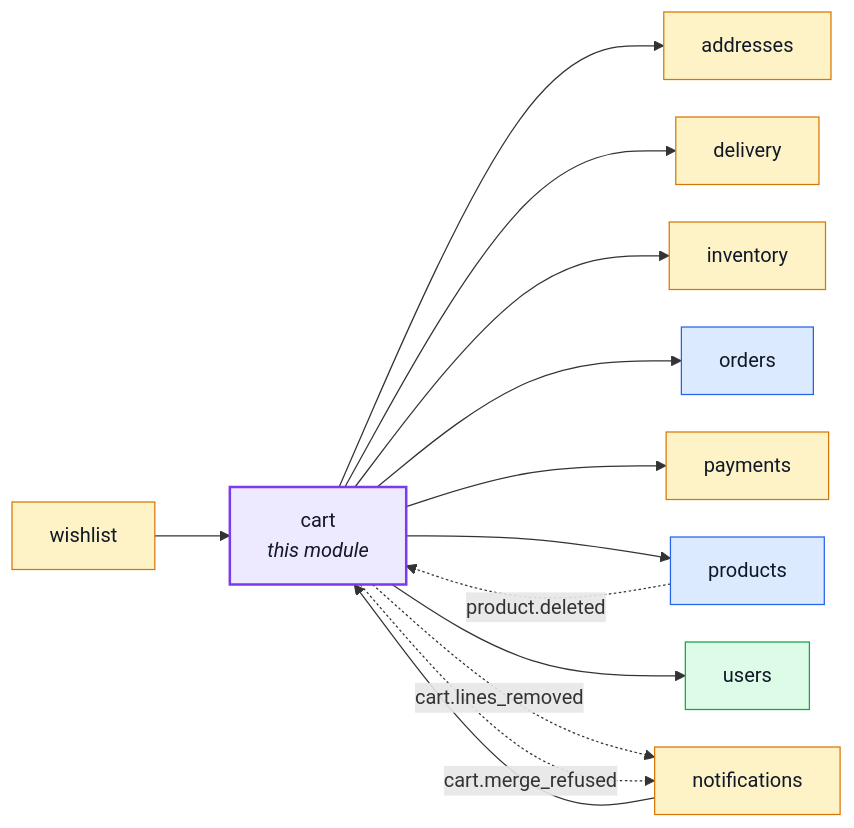
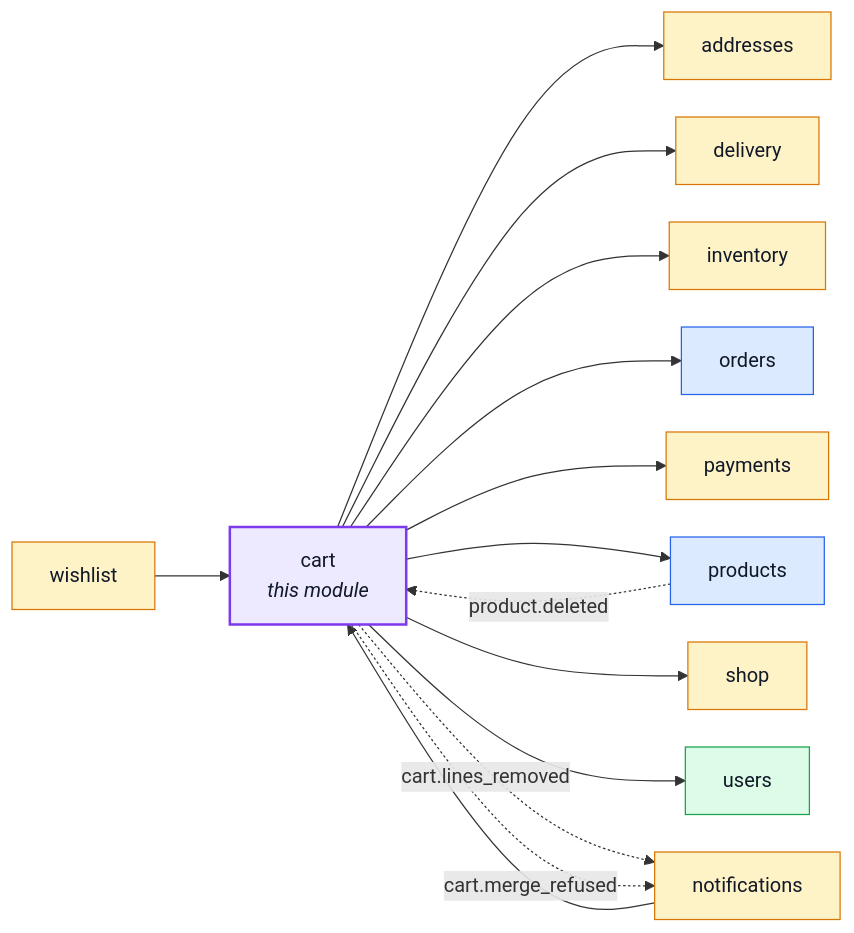
The first of 4 diagrams in docs/modules/cart.md (Guebbit/boilerplate-node-backend), drawn with Mermaid before and after one commit. The commit also changed 70 other files, not shown here.

````diff
--- a/docs/modules/cart.md
+++ b/docs/modules/cart.md
@@ -16,36 +16,38 @@
 ```mermaid
 %%{init: {'flowchart': {'nodeSpacing': 30, 'rankSpacing': 60}}}%%
 flowchart LR
     cart["cart<br/><i>this module</i>"]
     addresses["addresses"]
     delivery["delivery"]
     inventory["inventory"]
     notifications["notifications"]
     orders["orders"]
     payments["payments"]
     products["products"]
+    shop["shop"]
     users["users"]
     wishlist["wishlist"]
 
     notifications --> cart
     wishlist --> cart
     cart --> addresses
     cart --> delivery
     cart --> inventory
     cart --> orders
     cart --> payments
     cart --> products
+    cart --> shop
     cart --> users
     products -. "product.deleted" .-> cart
     cart -. "cart.lines_removed" .-> notifications
     cart -. "cart.merge_refused" .-> notifications
 
     classDef core fill:#dbeafe,stroke:#2563eb,color:#111827;
     classDef supporting fill:#fef3c7,stroke:#d97706,color:#111827;
     classDef generic fill:#dcfce7,stroke:#16a34a,color:#111827;
     classDef centre fill:#ede9fe,stroke:#7c3aed,stroke-width:2px,color:#111827;
     class orders,products core;
-    class addresses,delivery,inventory,notifications,payments,wishlist supporting;
+    class addresses,delivery,inventory,notifications,payments,shop,wishlist supporting;
     class users generic;
     class cart centre;
 ```
````
